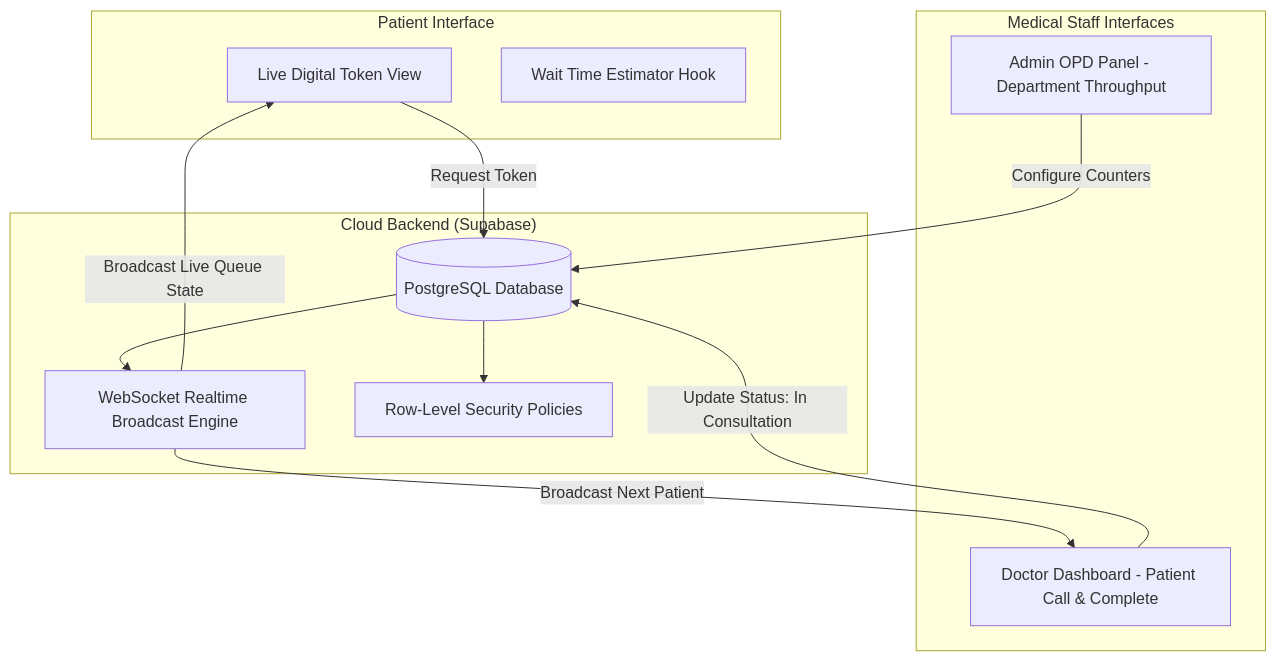
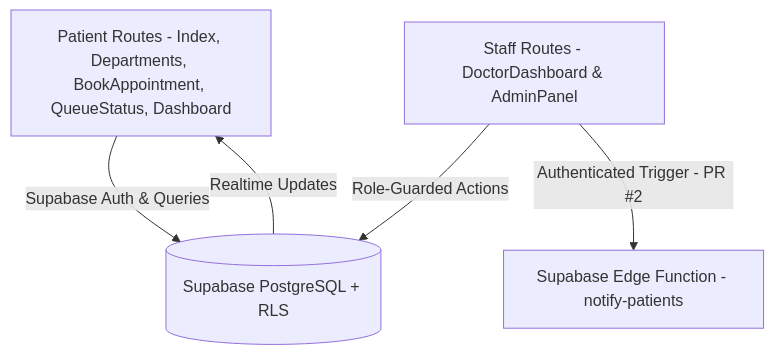
The diagram in README.md (StratagemVX/Queue-buddy-final), drawn with Mermaid before and after one commit. The commit also changed other lines of this file, not shown here.

````diff
--- a/README.md
+++ b/README.md
@@ -32,26 +23,7 @@
 ```mermaid
 flowchart TD
-    subgraph PatientApp["Patient Interface"]
-        TokenView[Live Digital Token View]
-        WaitTime[Wait Time Estimator Hook]
-    end
-
-    subgraph StaffApp["Medical Staff Interfaces"]
-        DoctorView[Doctor Dashboard - Patient Call & Complete]
-        AdminView[Admin OPD Panel - Department Throughput]
-    end
-
-    subgraph Backend["Cloud Backend (Supabase)"]
-        Postgres[(PostgreSQL Database)]
-        RealtimeEngine[WebSocket Realtime Broadcast Engine]
-        RLS[Row-Level Security Policies]
-    end
-
-    TokenView -->|Request Token| Postgres
-    DoctorView -->|Update Status: In Consultation| Postgres
-    AdminView -->|Configure Counters| Postgres
-    Postgres --> RLS
-    Postgres --> RealtimeEngine
-    RealtimeEngine -->|Broadcast Live Queue State| TokenView
-    RealtimeEngine -->|Broadcast Next Patient| DoctorView
+    Patient[Patient Routes - Index, Departments, BookAppointment, QueueStatus, Dashboard] -->|Supabase Auth & Queries| Supa[(Supabase PostgreSQL + RLS)]
+    Staff[Staff Routes - DoctorDashboard & AdminPanel] -->|Role-Guarded Actions| Supa
+    Supa -->|Realtime Updates| Patient
+    Staff -->|Authenticated Trigger - PR #2| Edge[Supabase Edge Function - notify-patients]
 ```
````
